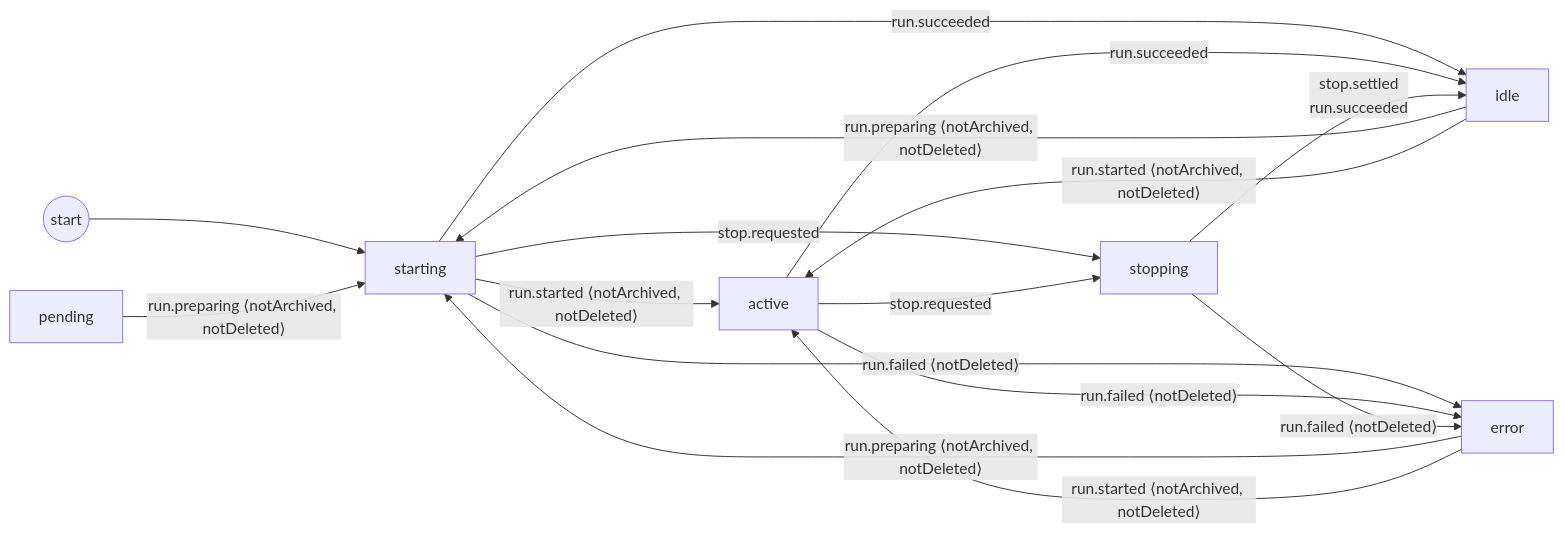
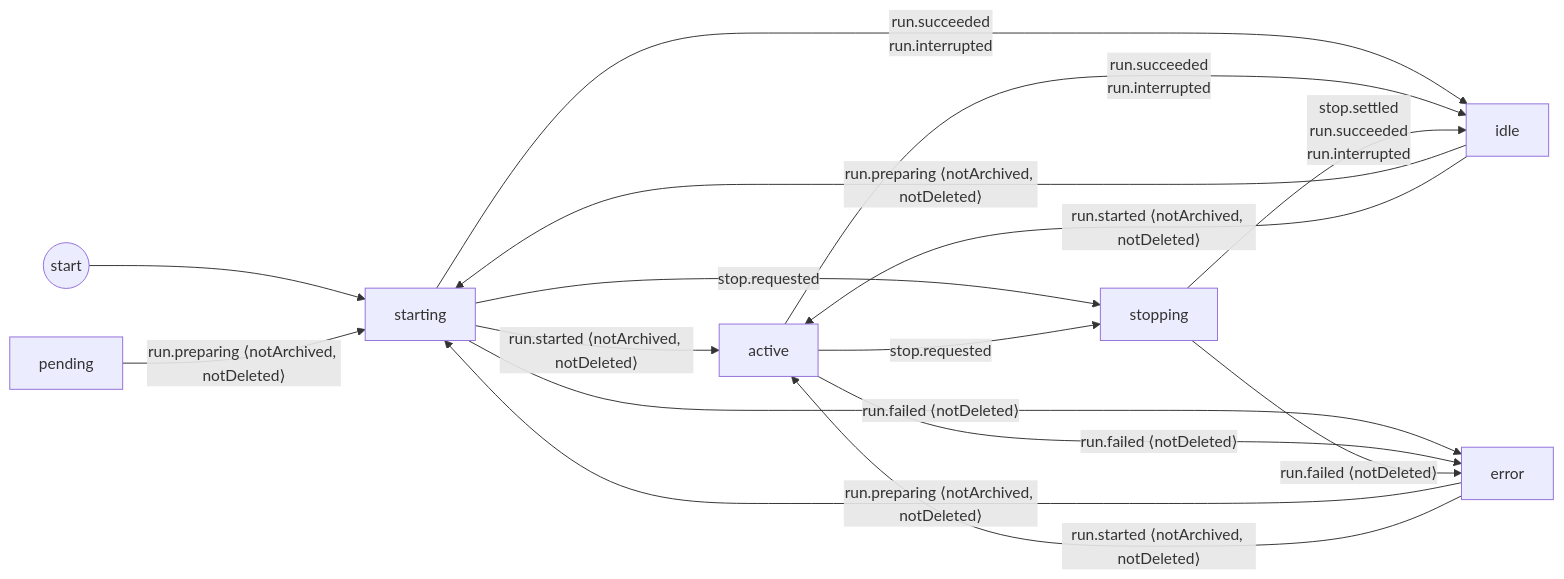
Before and after one commit to get-bb/bb: the first of 2 diagrams in docs/lifecycle-diagrams.md, drawn with Mermaid. The commit also changed 6 other files, not shown here.

````diff
--- a/docs/lifecycle-diagrams.md
+++ b/docs/lifecycle-diagrams.md
@@ -23,25 +23,25 @@
 ```mermaid
 flowchart LR
     __start((start))
     pending["pending"]
     idle["idle"]
     starting["starting"]
     active["active"]
     stopping["stopping"]
     error["error"]
     __start --> starting
     pending -->|"run.preparing ⟨notArchived, notDeleted⟩"| starting
     idle -->|"run.preparing ⟨notArchived, notDeleted⟩"| starting
     idle -->|"run.started ⟨notArchived, notDeleted⟩"| active
     starting -->|"run.started ⟨notArchived, notDeleted⟩"| active
-    starting -->|"run.succeeded"| idle
+    starting -->|"run.succeeded<br/>run.interrupted"| idle
     starting -->|"run.failed ⟨notDeleted⟩"| error
     starting -->|"stop.requested"| stopping
-    active -->|"run.succeeded"| idle
+    active -->|"run.succeeded<br/>run.interrupted"| idle
     active -->|"run.failed ⟨notDeleted⟩"| error
     active -->|"stop.requested"| stopping
-    stopping -->|"stop.settled<br/>run.succeeded"| idle
+    stopping -->|"stop.settled<br/>run.succeeded<br/>run.interrupted"| idle
     stopping -->|"run.failed ⟨notDeleted⟩"| error
     error -->|"run.preparing ⟨notArchived, notDeleted⟩"| starting
     error -->|"run.started ⟨notArchived, notDeleted⟩"| active
 ```
````
